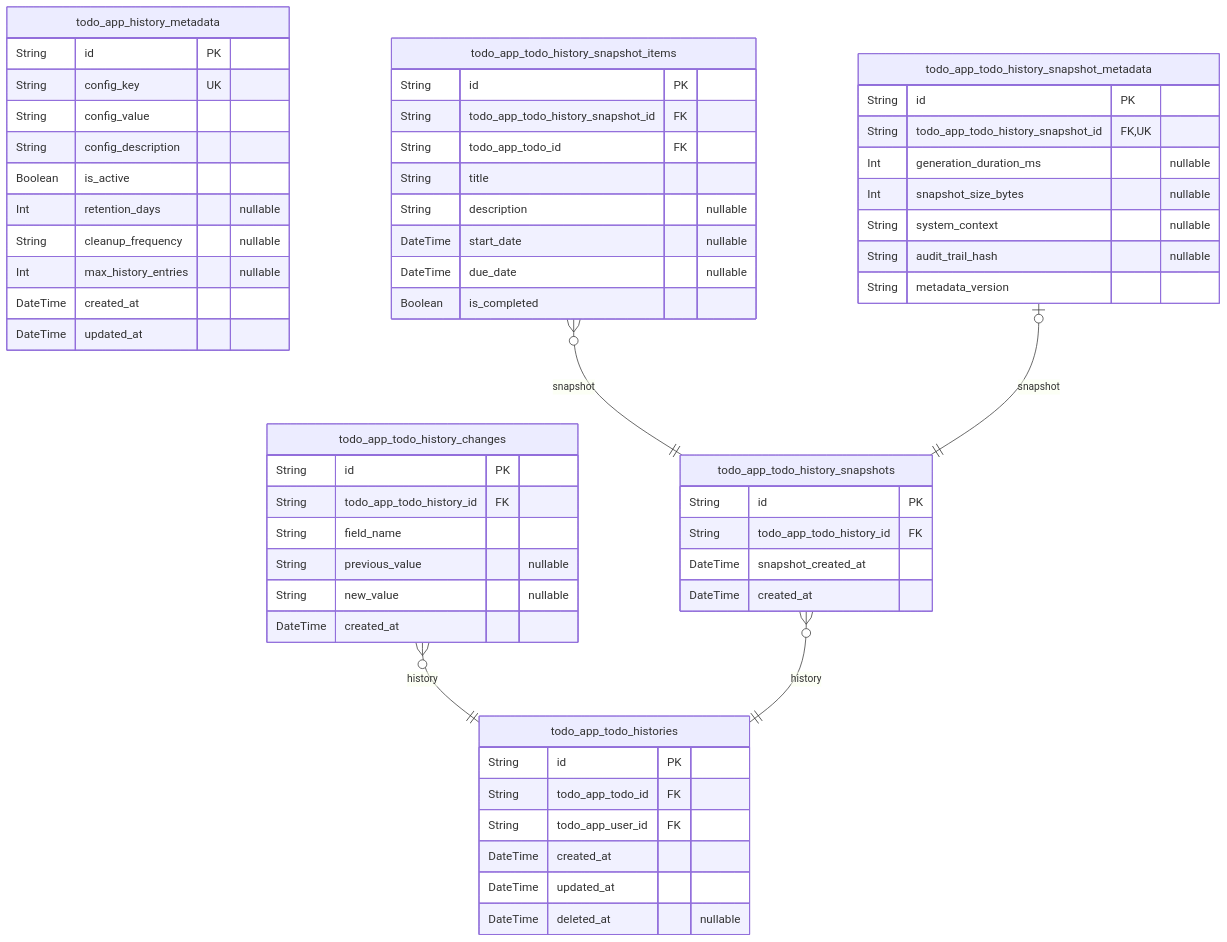
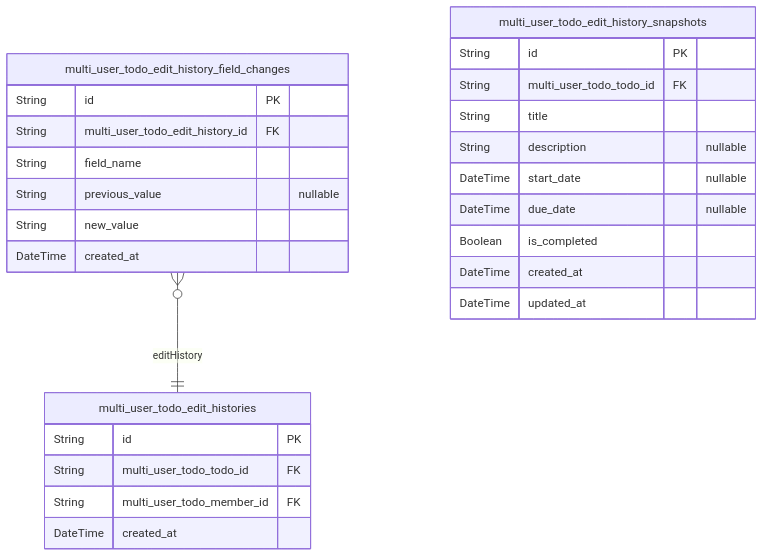
Before and after one commit to wrtnlabs/autobe-examples: the fourth of 4 diagrams in deepseek/deepseek-v3.1-terminus-exacto/todo/docs/ERD.md, drawn with Mermaid. The commit also changed other lines of this file and 13530 other files, not shown here.

````diff
--- a/deepseek/deepseek-v3.1-terminus-exacto/todo/docs/ERD.md
+++ b/deepseek/deepseek-v3.1-terminus-exacto/todo/docs/ERD.md
@@ -1581,60 +1146,29 @@
 ```mermaid
 erDiagram
-"todo_app_todo_histories" {
+"multi_user_todo_edit_histories" {
   String id PK
-  String todo_app_todo_id FK
-  String todo_app_user_id FK
+  String multi_user_todo_todo_id FK
+  String multi_user_todo_member_id FK
   DateTime created_at
-  DateTime updated_at
-  DateTime deleted_at "nullable"
 }
-"todo_app_todo_history_changes" {
+"multi_user_todo_edit_history_field_changes" {
   String id PK
-  String todo_app_todo_history_id FK
+  String multi_user_todo_edit_history_id FK
   String field_name
   String previous_value "nullable"
-  String new_value "nullable"
+  String new_value
   DateTime created_at
 }
-"todo_app_todo_history_snapshots" {
+"multi_user_todo_edit_history_snapshots" {
   String id PK
-  String todo_app_todo_history_id FK
-  DateTime snapshot_created_at
-  DateTime created_at
-}
-"todo_app_history_metadata" {
-  String id PK
-  String config_key UK
-  String config_value
-  String config_description
-  Boolean is_active
-  Int retention_days "nullable"
-  String cleanup_frequency "nullable"
-  Int max_history_entries "nullable"
-  DateTime created_at
-  DateTime updated_at
-}
-"todo_app_todo_history_snapshot_items" {
-  String id PK
-  String todo_app_todo_history_snapshot_id FK
-  String todo_app_todo_id FK
+  String multi_user_todo_todo_id FK
   String title
   String description "nullable"
   DateTime start_date "nullable"
   DateTime due_date "nullable"
   Boolean is_completed
+  DateTime created_at
+  DateTime updated_at
 }
-"todo_app_todo_history_snapshot_metadata" {
-  String id PK
-  String todo_app_todo_history_snapshot_id FK,UK
-  Int generation_duration_ms "nullable"
-  Int snapshot_size_bytes "nullable"
-  String system_context "nullable"
-  String audit_trail_hash "nullable"
-  String metadata_version
-}
-"todo_app_todo_history_changes" }o--|| "todo_app_todo_histories" : history
-"todo_app_todo_history_snapshots" }o--|| "todo_app_todo_histories" : history
-"todo_app_todo_history_snapshot_items" }o--|| "todo_app_todo_history_snapshots" : snapshot
-"todo_app_todo_history_snapshot_metadata" |o--|| "todo_app_todo_history_snapshots" : snapshot
+"multi_user_todo_edit_history_field_changes" }o--|| "multi_user_todo_edit_histories" : editHistory
 ```
````
